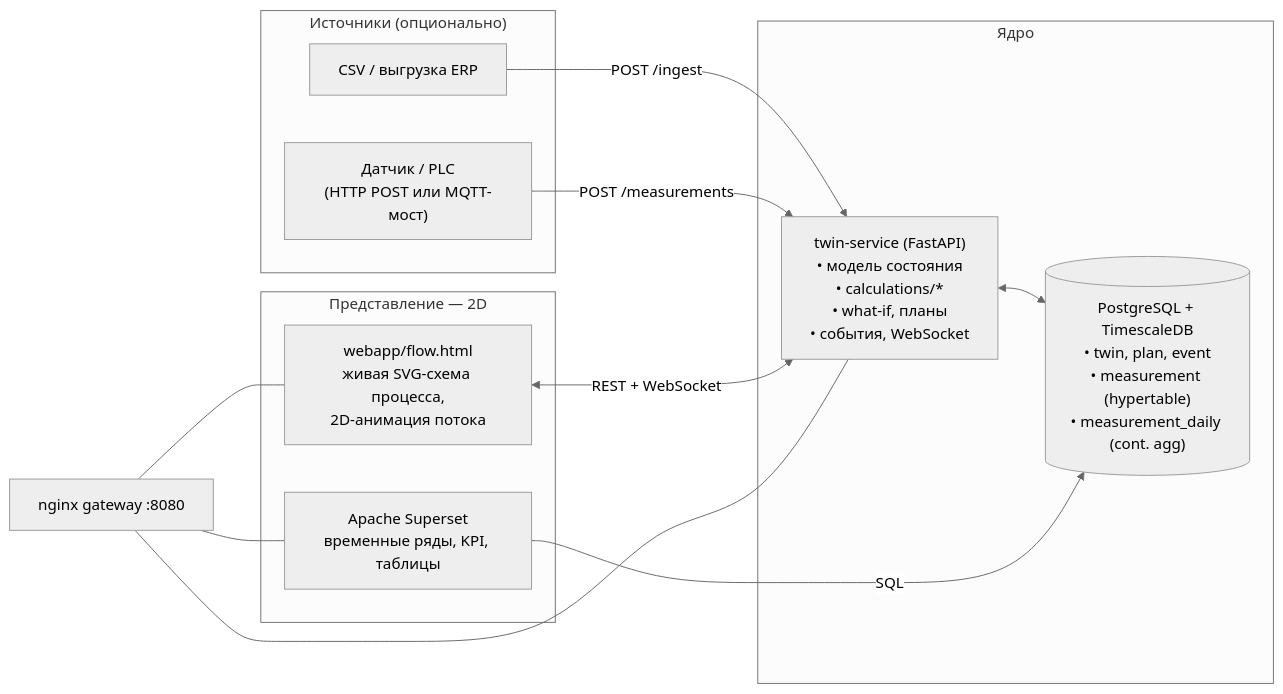
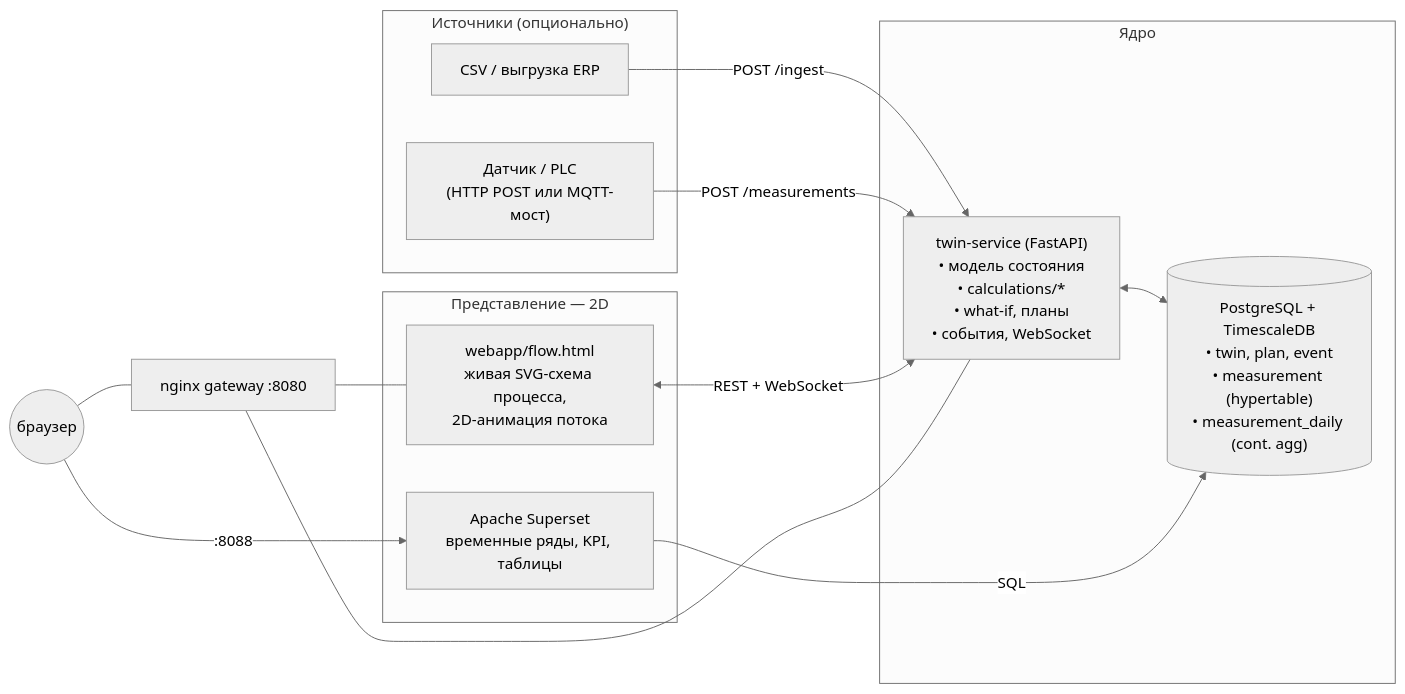
One commit to zgmnnv/twinlab changed the diagram in docs/architecture.md. Above: the diagram before and after it, drawn with Mermaid (neutral theme). The commit also changed other lines of this file and 16 other files, not shown here.

````diff
--- a/docs/architecture.md
+++ b/docs/architecture.md
@@ -14,26 +14,27 @@
 ```mermaid
 flowchart LR
     subgraph sources["Источники (опционально)"]
         CSV["CSV / выгрузка ERP"]
         DEV["Датчик / PLC\n(HTTP POST или MQTT-мост)"]
     end
 
     subgraph core["Ядро"]
         TS["twin-service (FastAPI)\n• модель состояния\n• calculations/*\n• what-if, планы\n• события, WebSocket"]
         PG[("PostgreSQL + TimescaleDB\n• twin, plan, event\n• measurement (hypertable)\n• measurement_daily (cont. agg)")]
     end
 
     subgraph view["Представление — 2D"]
         FLOW["webapp/flow.html\nживая SVG-схема процесса,\n2D-анимация потока"]
         SUP["Apache Superset\nвременные ряды, KPI, таблицы"]
     end
 
     CSV -->|"POST /ingest"| TS
     DEV -->|"POST /measurements"| TS
     TS <--> PG
     FLOW <-->|"REST + WebSocket"| TS
     SUP -->|"SQL"| PG
     NGINX["nginx gateway :8080"] --- FLOW
-    NGINX --- SUP
     NGINX --- TS
+    USER(("браузер")) --- NGINX
+    USER -->|":8088"| SUP
 ```
````
